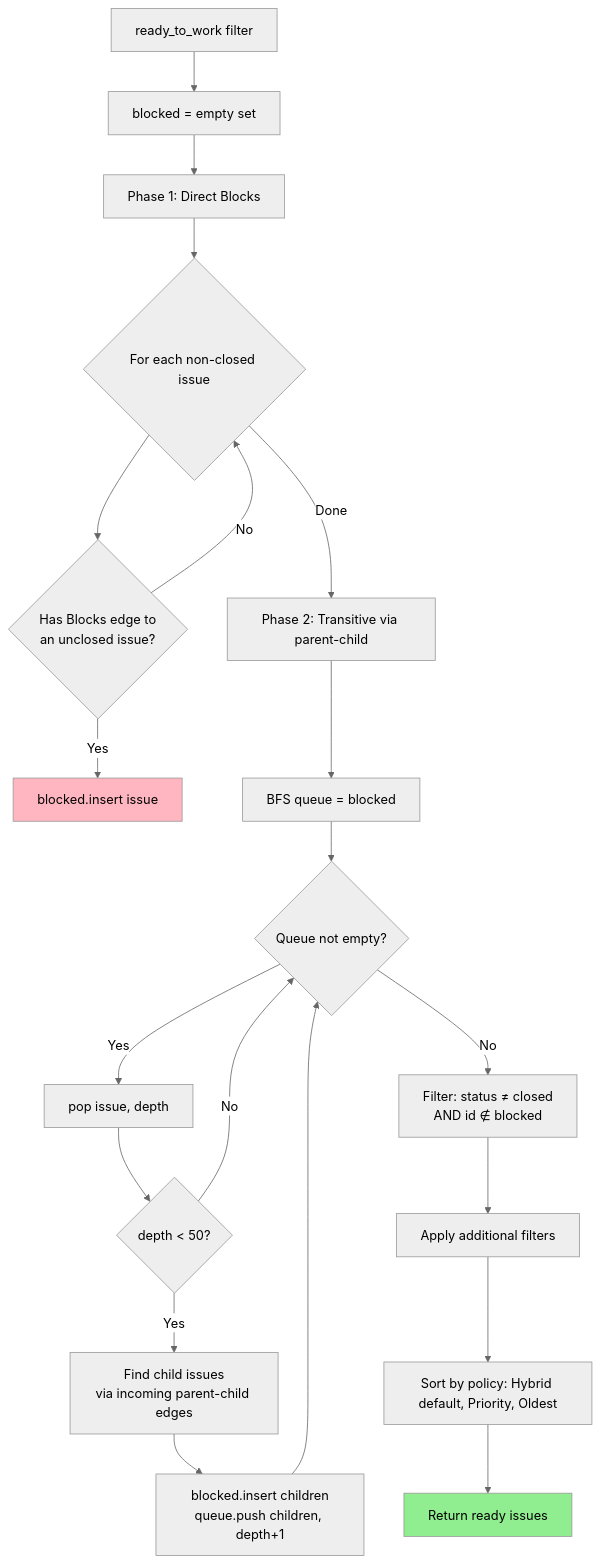
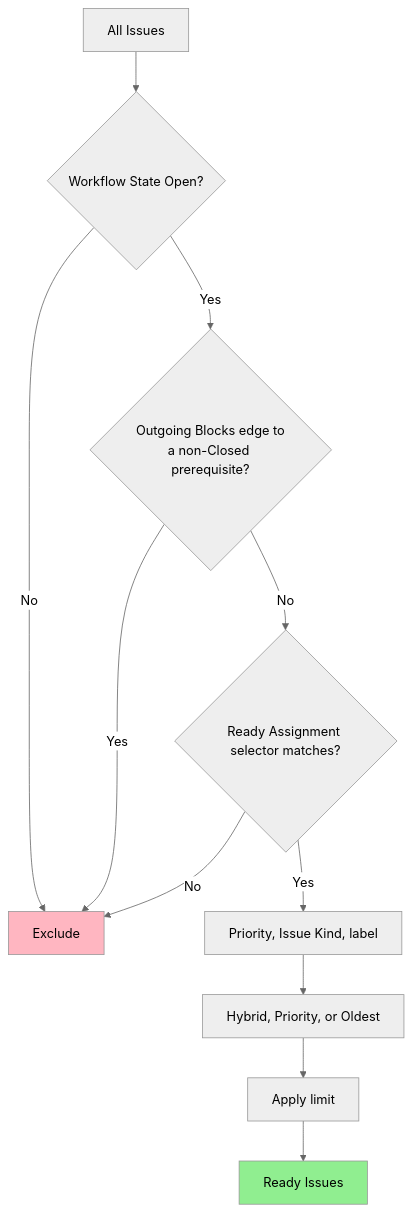
Before and after one commit to dwalleck/rivets: the sixth of 8 diagrams in docs/storage-architecture.md, drawn with Mermaid (neutral theme). The commit also changed other lines of this file and 26 other files, not shown here.

````diff
--- a/docs/storage-architecture.md
+++ b/docs/storage-architecture.md
@@ -334,28 +334,16 @@
 ```mermaid
 graph TD
-    Start[ready_to_work filter] --> Init[blocked = empty set]
+    Start[All Issues] --> Open{Workflow State Open?}
+    Open -->|No| Exclude[Exclude]
+    Open -->|Yes| Direct{Outgoing Blocks edge to<br/>a non-Closed prerequisite?}
+    Direct -->|Yes| Exclude
+    Direct -->|No| Assignment{Ready Assignment selector matches?}
+    Assignment -->|No| Exclude
+    Assignment -->|Yes| Filters[Priority, Issue Kind, label]
+    Filters --> Sort[Hybrid, Priority, or Oldest]
+    Sort --> Limit[Apply limit]
+    Limit --> Result[Ready Issues]
 
-    Init --> Phase1[Phase 1: Direct Blocks]
-    Phase1 --> Loop1{For each non-closed issue}
-    Loop1 --> Check1{Has Blocks edge to<br/>an unclosed issue?}
-    Check1 -->|Yes| AddBlocked[blocked.insert issue]
-    Check1 -->|No| Loop1
-    Loop1 -->|Done| Phase2
-
-    Phase2[Phase 2: Transitive via parent-child] --> BFS[BFS queue = blocked]
-    BFS --> Loop2{Queue not empty?}
-    Loop2 -->|Yes| Pop[pop issue, depth]
-    Pop --> DepthCheck{depth < 50?}
-    DepthCheck -->|Yes| Children[Find child issues<br/>via incoming parent-child edges]
-    Children --> AddChildren[blocked.insert children<br/>queue.push children, depth+1]
-    AddChildren --> Loop2
-    DepthCheck -->|No| Loop2
-    Loop2 -->|No| Filter
-
-    Filter[Filter: status ≠ closed<br/>AND id ∉ blocked] --> ApplyFilter[Apply additional filters]
-    ApplyFilter --> Sort[Sort by policy: Hybrid default, Priority, Oldest]
-    Sort --> Result[Return ready issues]
-
-    style AddBlocked fill:#FFB6C1
+    style Exclude fill:#FFB6C1
     style Result fill:#90EE90
 ```
````
